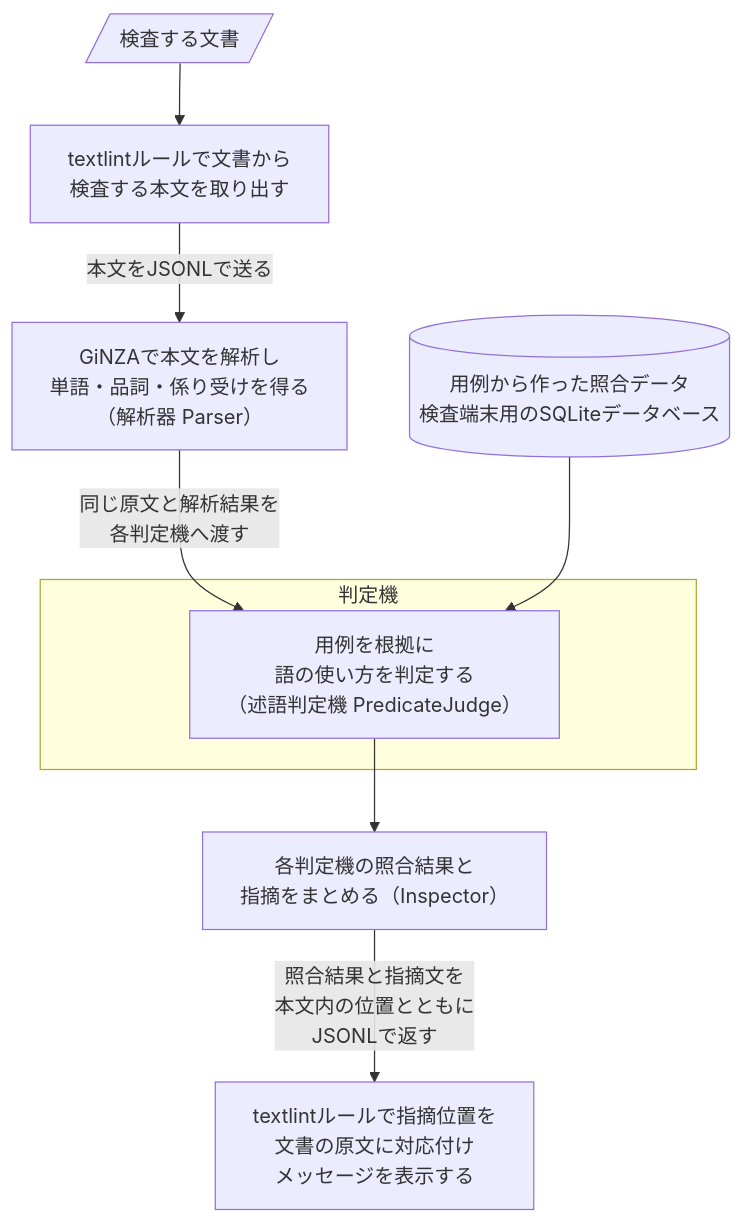
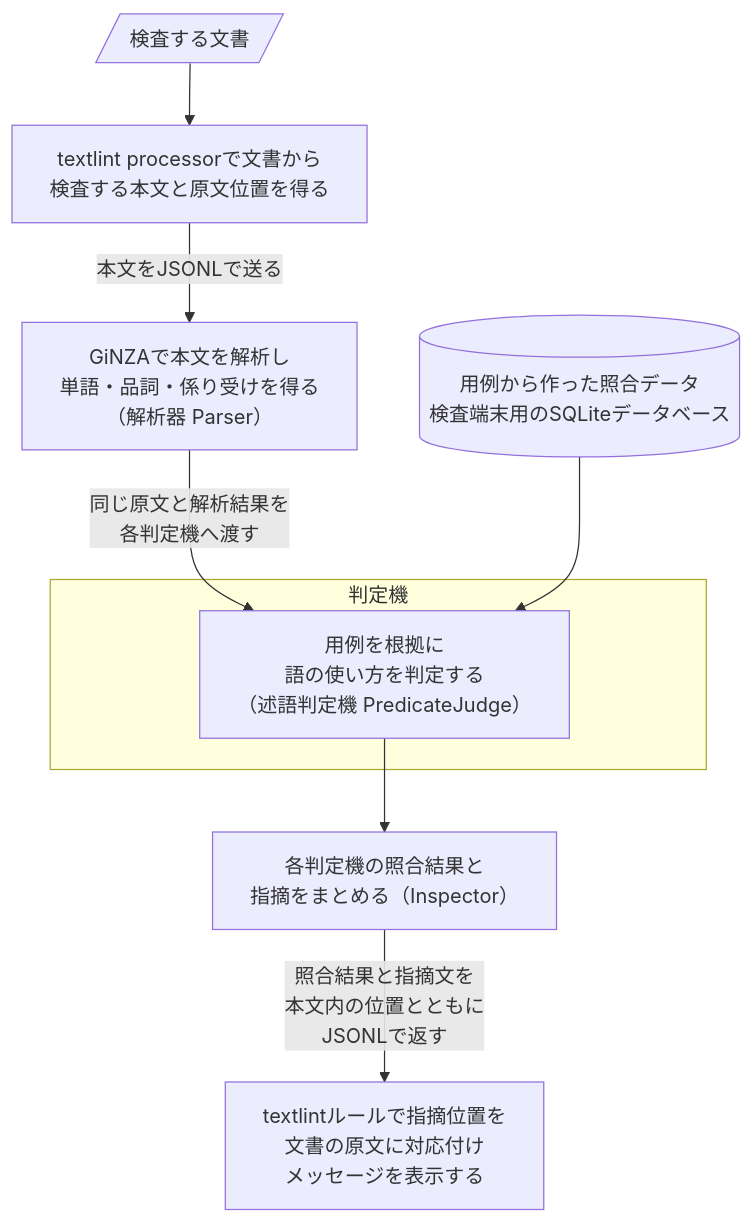
Before and after one commit to karin0624/use-native-japanese: the first of 2 diagrams in docs/design/architecture.md, drawn with Mermaid. The commit also changed other lines of this file and 11 other files, not shown here.

````diff
--- a/docs/design/architecture.md
+++ b/docs/design/architecture.md
@@ -24,17 +25,17 @@
 ```mermaid
 ---
 config:
     flowchart:
         wrappingWidth: 320
 ---
 flowchart TB
-    document[/検査する文書/] --> extract["textlintルールで文書から<br/>検査する本文を取り出す"]
+    document[/検査する文書/] --> extract["textlint processorで文書から<br/>検査する本文と原文位置を得る"]
     extract -->|本文をJSONLで送る| parser["GiNZAで本文を解析し<br/>単語・品詞・係り受けを得る<br/>（解析器 Parser）"]
     subgraph judges_group["判定機"]
         judges["用例を根拠に<br/>語の使い方を判定する<br/>（述語判定機 PredicateJudge）"]
     end
     parser -->|同じ原文と解析結果を<br/>各判定機へ渡す| judges
     reference[("用例から作った照合データ<br/>検査端末用のSQLiteデータベース")] --> judges
     judges --> aggregate["各判定機の照合結果と<br/>指摘をまとめる（Inspector）"]
     aggregate -->|照合結果と指摘文を<br/>本文内の位置とともに<br/>JSONLで返す| report["textlintルールで指摘位置を<br/>文書の原文に対応付け<br/>メッセージを表示する"]
 ```
````
